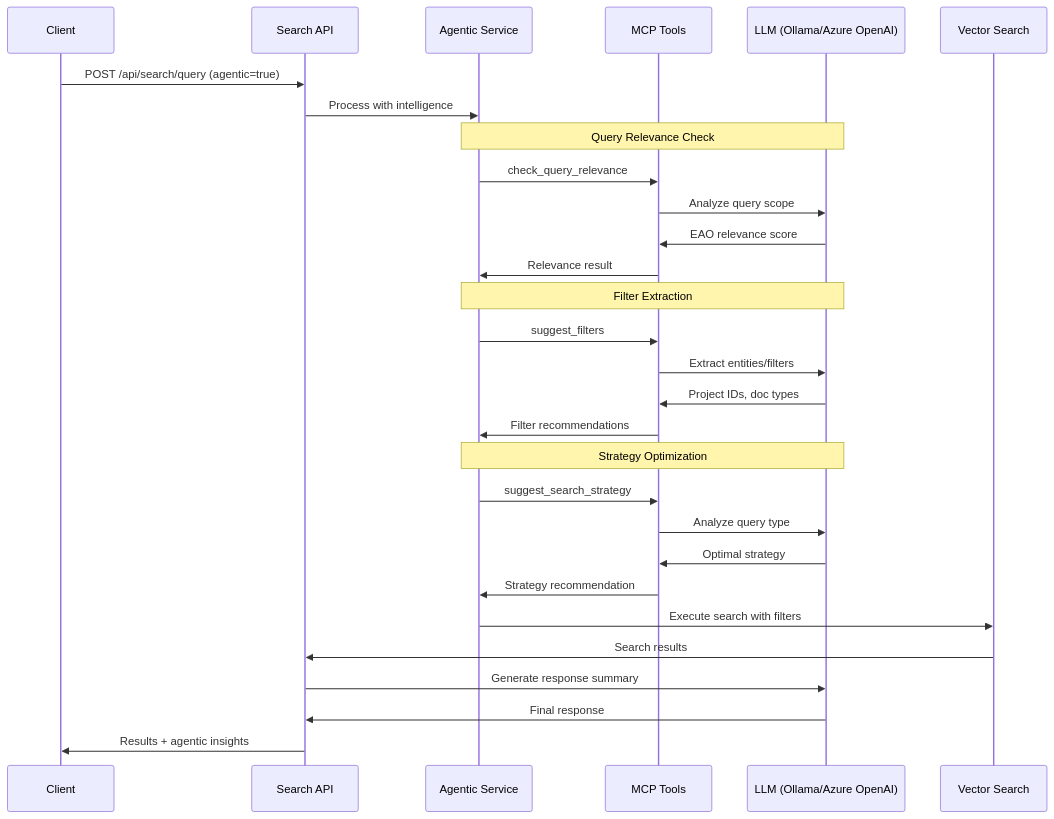
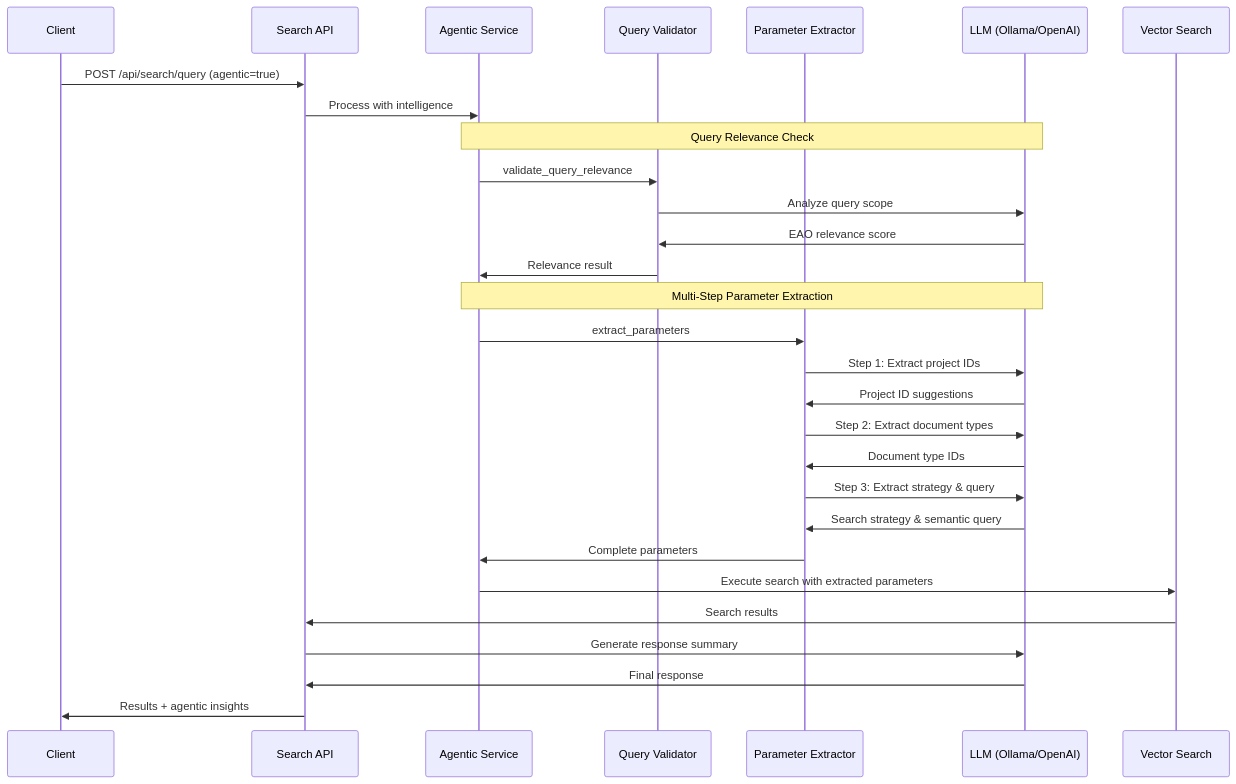
One commit to bcgov/EPIC.search changed the third of 3 diagrams in search-api/DOCUMENTATION.md. Above: the diagram before and after it, drawn with Mermaid. The commit also changed other lines of this file and 54 other files, not shown here.

Commit message:
switch back to basic LLM integration and logic over MCP

````diff
--- a/search-api/DOCUMENTATION.md
+++ b/search-api/DOCUMENTATION.md
@@ -88,36 +91,35 @@
 ```mermaid
 sequenceDiagram
     participant Client
     participant API as Search API
     participant Agentic as Agentic Service
-    participant MCP as MCP Tools
-    participant LLM as LLM (Ollama/Azure OpenAI)
+    participant Validator as Query Validator
+    participant Extractor as Parameter Extractor
+    participant LLM as LLM (Ollama/OpenAI)
     participant Vector as Vector Search
     
     Client->>API: POST /api/search/query (agentic=true)
     API->>Agentic: Process with intelligence
     
     Note over Agentic,LLM: Query Relevance Check
-    Agentic->>MCP: check_query_relevance
-    MCP->>LLM: Analyze query scope
-    LLM->>MCP: EAO relevance score
-    MCP->>Agentic: Relevance result
+    Agentic->>Validator: validate_query_relevance
+    Validator->>LLM: Analyze query scope
+    LLM->>Validator: EAO relevance score
+    Validator->>Agentic: Relevance result
     
-    Note over Agentic,LLM: Filter Extraction
-    Agentic->>MCP: suggest_filters  
-    MCP->>LLM: Extract entities/filters
-    LLM->>MCP: Project IDs, doc types
-    MCP->>Agentic: Filter recommendations
+    Note over Agentic,LLM: Multi-Step Parameter Extraction
+    Agentic->>Extractor: extract_parameters
+    Extractor->>LLM: Step 1: Extract project IDs
+    LLM->>Extractor: Project ID suggestions
+    Extractor->>LLM: Step 2: Extract document types
+    LLM->>Extractor: Document type IDs
+    Extractor->>LLM: Step 3: Extract strategy & query
+    LLM->>Extractor: Search strategy & semantic query
+    Extractor->>Agentic: Complete parameters
     
-    Note over Agentic,LLM: Strategy Optimization
-    Agentic->>MCP: suggest_search_strategy
-    MCP->>LLM: Analyze query type
-    LLM->>MCP: Optimal strategy
-    MCP->>Agentic: Strategy recommendation
-    
-    Agentic->>Vector: Execute search with filters
+    Agentic->>Vector: Execute search with extracted parameters
     Vector->>API: Search results
     API->>LLM: Generate response summary
     LLM->>API: Final response
     API->>Client: Results + agentic insights
 ```
````
